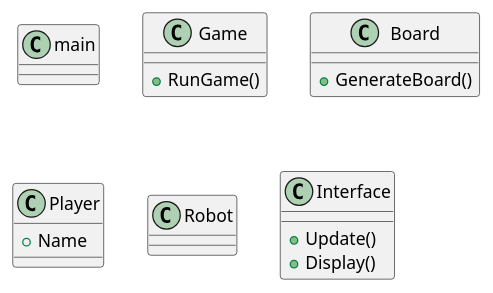
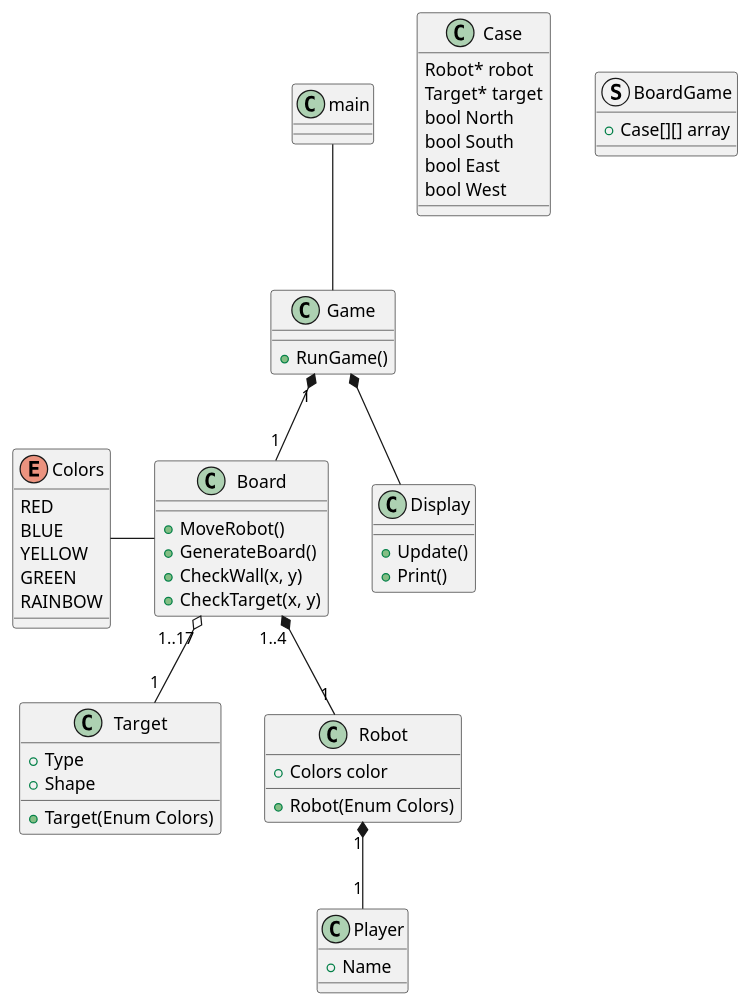
The diagram in Archi.puml (ECN-SEC-SMP/tp11-note-nath-jack-elou-euge), drawn with PlantUML before and after one commit.

Commit message:
Update Plantuml

```diff
--- a/Archi.puml
+++ b/Archi.puml
@@ -1,26 +1,71 @@
 @startuml TP11
 
 class main
 
 class Game {
     + RunGame()
 }
 
 class Board {
+    + MoveRobot()
     + GenerateBoard()
+    + CheckWall(x, y)
+    + CheckTarget(x, y)
+}
+
+class Target {
+    + Type
+    + Shape
+
+    + Target(Enum Colors)
+}
+
+Enum Colors {
+    RED
+    BLUE
+    YELLOW
+    GREEN
+    RAINBOW
 }
 
 class Player {
     + Name
 }
 
 class Robot {
+    + Colors color
 
+    + Robot(Enum Colors)
 }
 
-class Interface {
+class Display {
     + Update()
-    + Display()
+    + Print()
 }
 
+class Case {
+    Robot* robot
+    Target* target
+    bool North
+    bool South
+    bool East
+    bool West
+}
+
+Struct BoardGame {
+    + Case[][] array
+}
+
+main -- Game
+
+Game "1" *-- "1" Board
+Game *-- Display
+
+Robot "1" *-- "1" Player
+
+Board "1..4" *-- "1" Robot
+Board "1..17" o-- "1" Target
+Board -left- Colors
+
+
 @enduml
```
